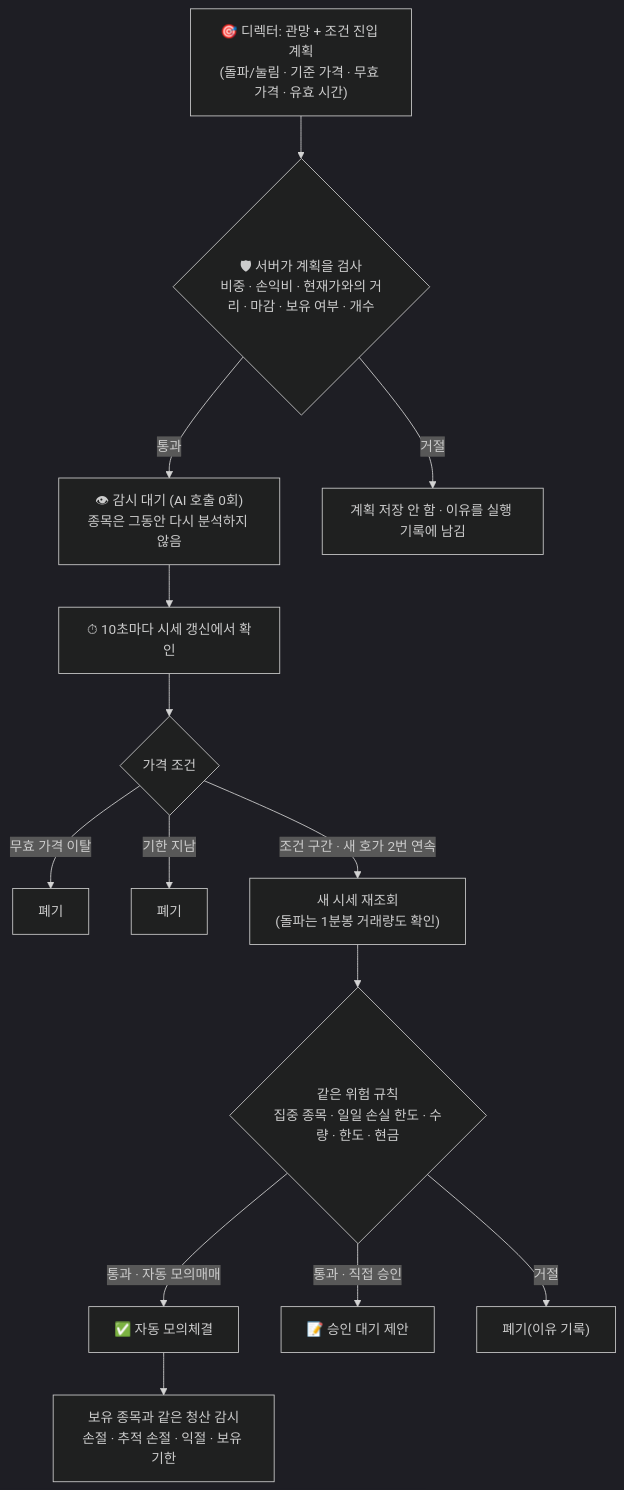
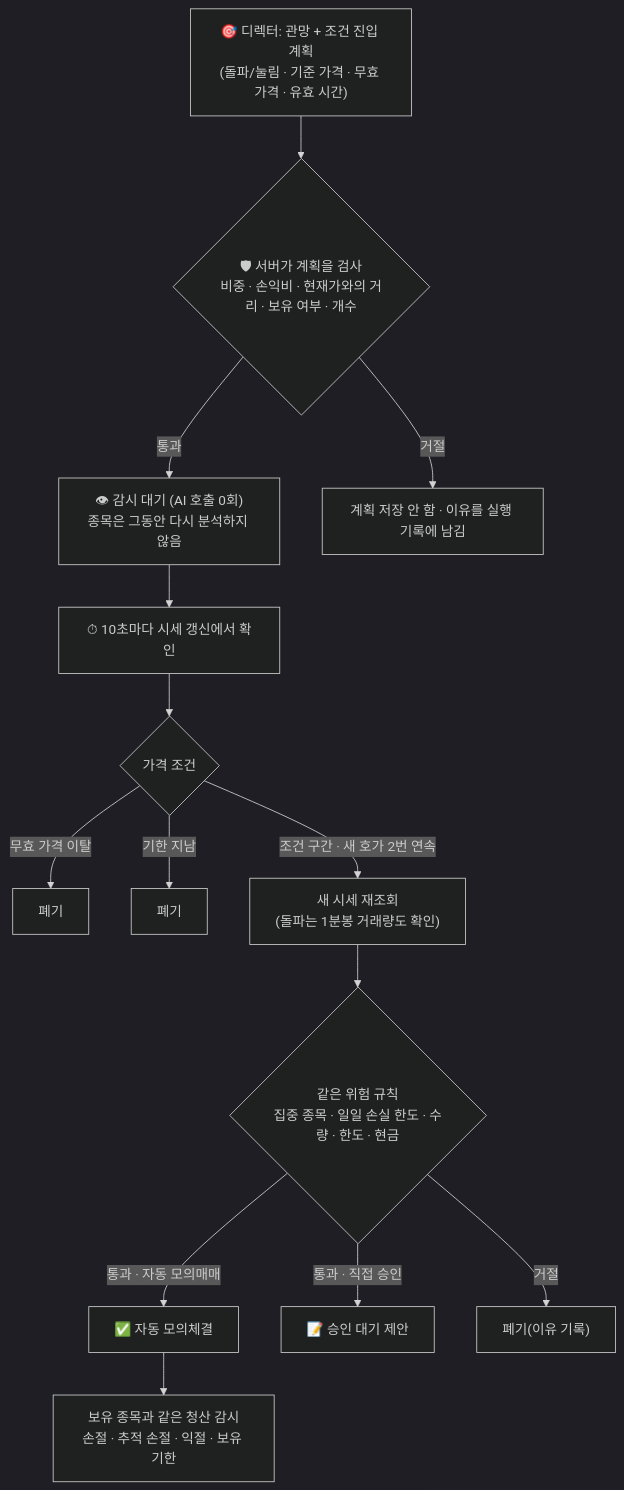
One commit to eshir0/stock-lab changed the diagram in docs/ENTRY.md. Above: the diagram before and after it, drawn with Mermaid (dark theme). The commit also changed other lines of this file and 9 other files, not shown here.

````diff
--- a/docs/ENTRY.md
+++ b/docs/ENTRY.md
@@ -36,16 +36,16 @@
 ```mermaid
 flowchart TD
-    A["🎯 디렉터: 관망 + 조건 진입 계획<br/>(돌파/눌림 · 기준 가격 · 무효 가격 · 유효 시간)"] --> B{"🛡 서버가 계획을 검사<br/>비중 · 손익비 · 현재가와의 거리 · 마감 · 보유 여부 · 개수"}
+    A["🎯 디렉터: 관망 + 조건 진입 계획<br/>(돌파/눌림 · 기준 가격 · 무효 가격 · 유효 시간)"] --> B{"🛡 서버가 계획을 검사<br/>비중 · 손익비 · 현재가와의 거리 · 보유 여부 · 개수"}
     B -->|"통과"| W["👁 감시 대기 (AI 호출 0회)<br/>종목은 그동안 다시 분석하지 않음"]
     B -->|"거절"| X["계획 저장 안 함 · 이유를 실행 기록에 남김"]
     W --> P["⏱ 10초마다 시세 갱신에서 확인"]
     P --> E{"가격 조건"}
     E -->|"무효 가격 이탈"| I["폐기"]
     E -->|"기한 지남"| T["폐기"]
     E -->|"조건 구간 · 새 호가 2번 연속"| Q["새 시세 재조회<br/>(돌파는 1분봉 거래량도 확인)"]
     Q --> R{"같은 위험 규칙<br/>집중 종목 · 일일 손실 한도 · 수량 · 한도 · 현금"}
     R -->|"통과 · 자동 모의매매"| F["✅ 자동 모의체결"]
     R -->|"통과 · 직접 승인"| M["📝 승인 대기 제안"]
     R -->|"거절"| B2["폐기(이유 기록)"]
     F --> G["보유 종목과 같은 청산 감시<br/>손절 · 추적 손절 · 익절 · 보유 기한"]
 ```
````
